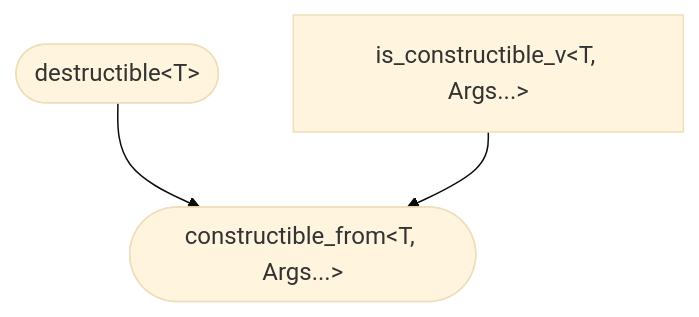
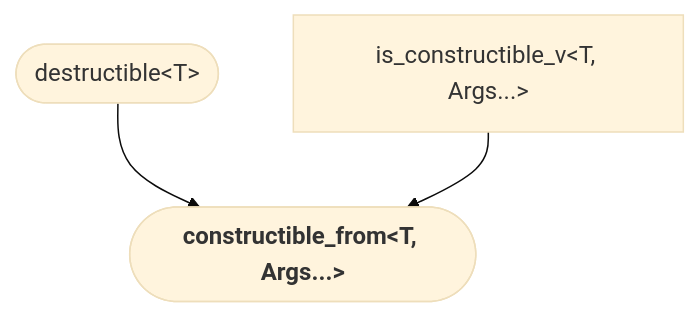
The eighth of 18 diagrams in README.md (yohhoy/cpp-concepts), drawn with Mermaid (base theme) before and after one commit. The commit also changed other lines of this file, not shown here.

````diff
--- a/README.md
+++ b/README.md
@@ -94,6 +94,6 @@
 ```mermaid
 graph TD
     %% std::constructible_from<T, Args...>
-    destructible(["destructible&lt;T&gt;"]) --> constructible_from(["constructible_from&lt;T, Args...&gt;"]);
+    destructible(["destructible&lt;T&gt;"]) --> constructible_from(["<b>constructible_from&lt;T, Args...&gt;</b>"]);
     is_constructible_v["is_constructible_v&lt;T, Args...&gt;"] --> constructible_from;
 ```
````
